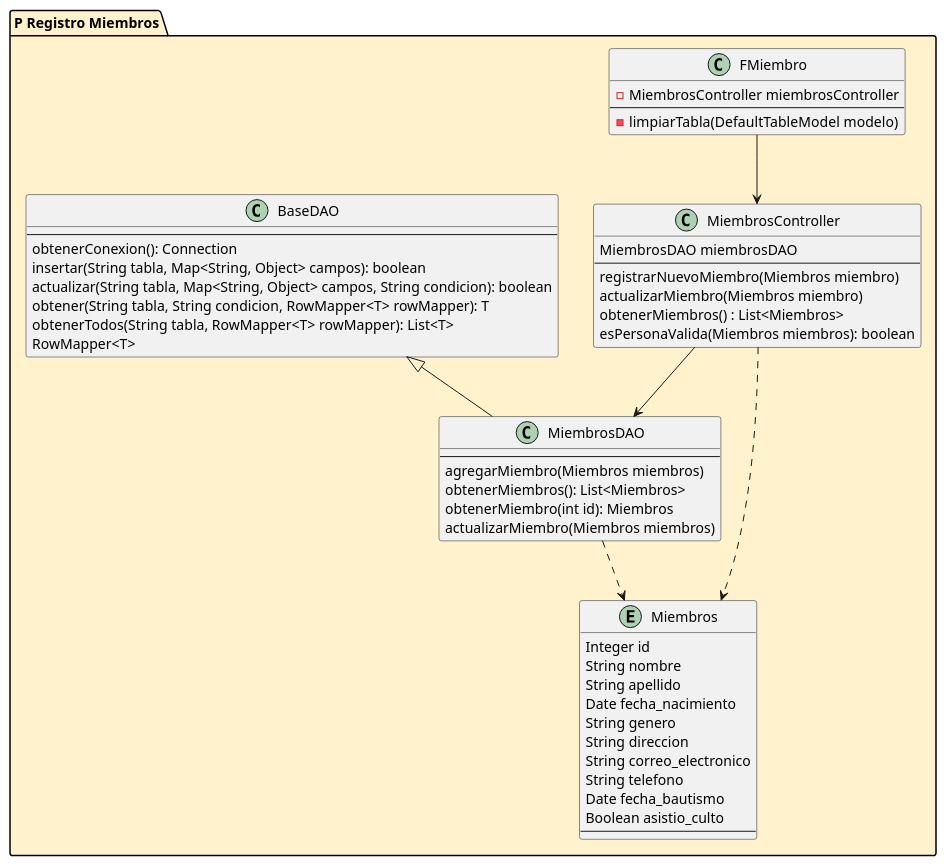
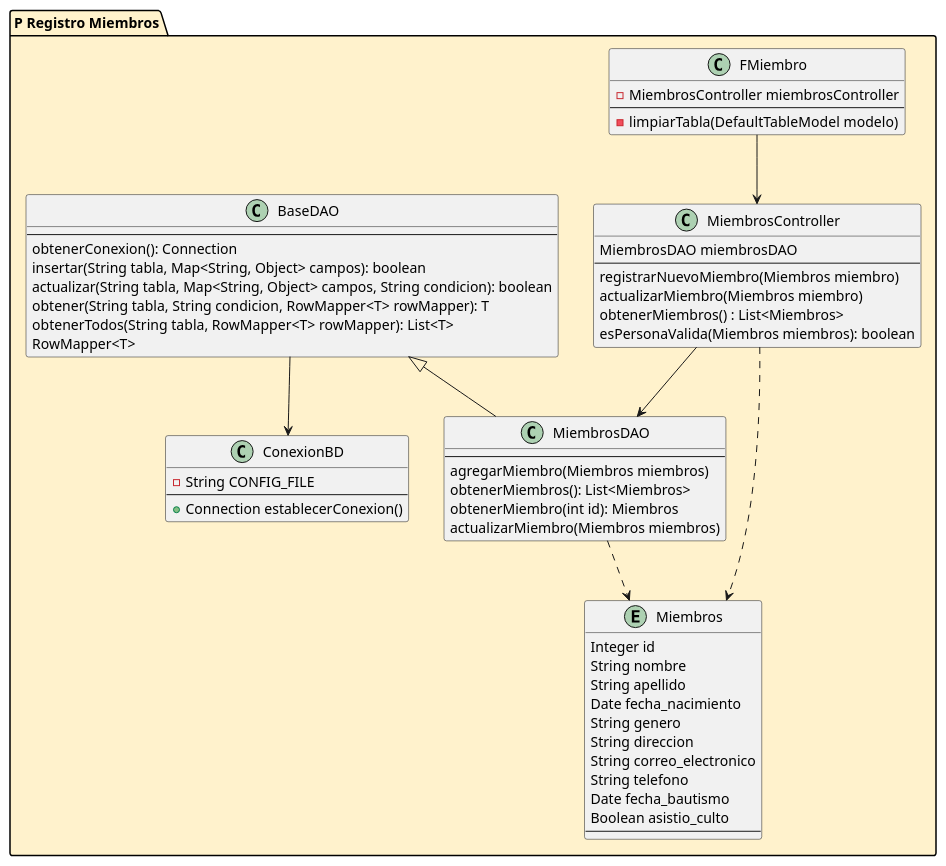
The diagram in src/utils/Mmiembro.puml (jeulate/proyig1), drawn with PlantUML before and after one commit. The commit also changed 3 other files, not shown here.

Commit message:
Plan UML Actualizado

```diff
--- a/src/utils/Mmiembro.puml
+++ b/src/utils/Mmiembro.puml
@@ -1,57 +1,62 @@
 @startuml
 package "P Registro Miembros" #FFF2CC {
   class "FMiembro" as fmiembro {
   - MiembrosController miembrosController
   --
   -limpiarTabla(DefaultTableModel modelo)
   }
   class "MiembrosController" as ctrmiembro{
   MiembrosDAO miembrosDAO
   --
   registrarNuevoMiembro(Miembros miembro)
   actualizarMiembro(Miembros miembro)
   obtenerMiembros() : List<Miembros>
   esPersonaValida(Miembros miembros): boolean
   }
 
   class "MiembrosDAO" as daomiembro{
   --
   agregarMiembro(Miembros miembros)
   obtenerMiembros(): List<Miembros>
   obtenerMiembro(int id): Miembros
   actualizarMiembro(Miembros miembros)
   }
 
   class "BaseDAO" as daobase {
   --
   obtenerConexion(): Connection
   insertar(String tabla, Map<String, Object> campos): boolean
   actualizar(String tabla, Map<String, Object> campos, String condicion): boolean
   obtener(String tabla, String condicion, RowMapper<T> rowMapper): T
   obtenerTodos(String tabla, RowMapper<T> rowMapper): List<T>
   RowMapper<T>
   }
-
+   class "ConexionBD" as bdconexion{
+     -String CONFIG_FILE
+     --
+     +Connection establecerConexion()
+    }
   entity "Miembros" as miembros{
       Integer id
       String nombre
       String apellido
       Date fecha_nacimiento
       String genero
       String direccion
       String correo_electronico
       String telefono
       Date fecha_bautismo
       Boolean asistio_culto
       --
   }
 
   fmiembro --> ctrmiembro
   ctrmiembro --> daomiembro
   daobase <|-- daomiembro
   ctrmiembro ..> miembros
   daomiembro ..> miembros
+  daobase --> bdconexion
 }
 
 
 @enduml
```
